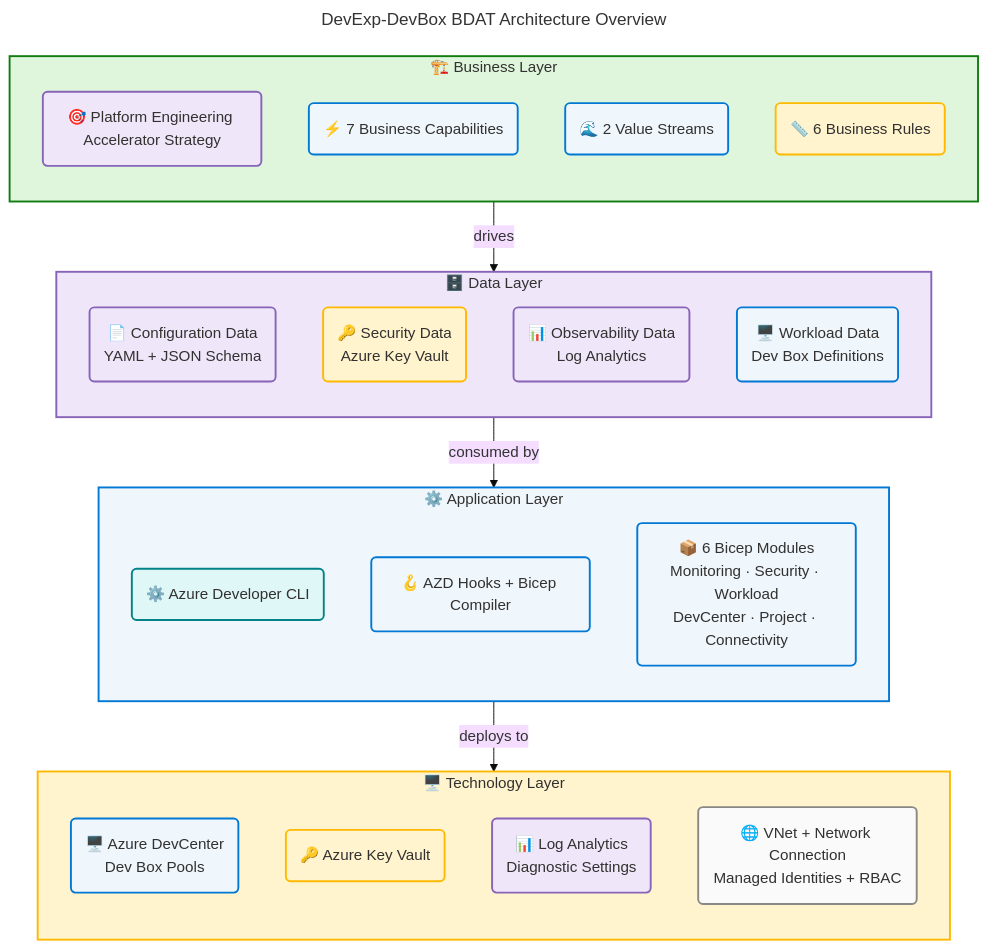
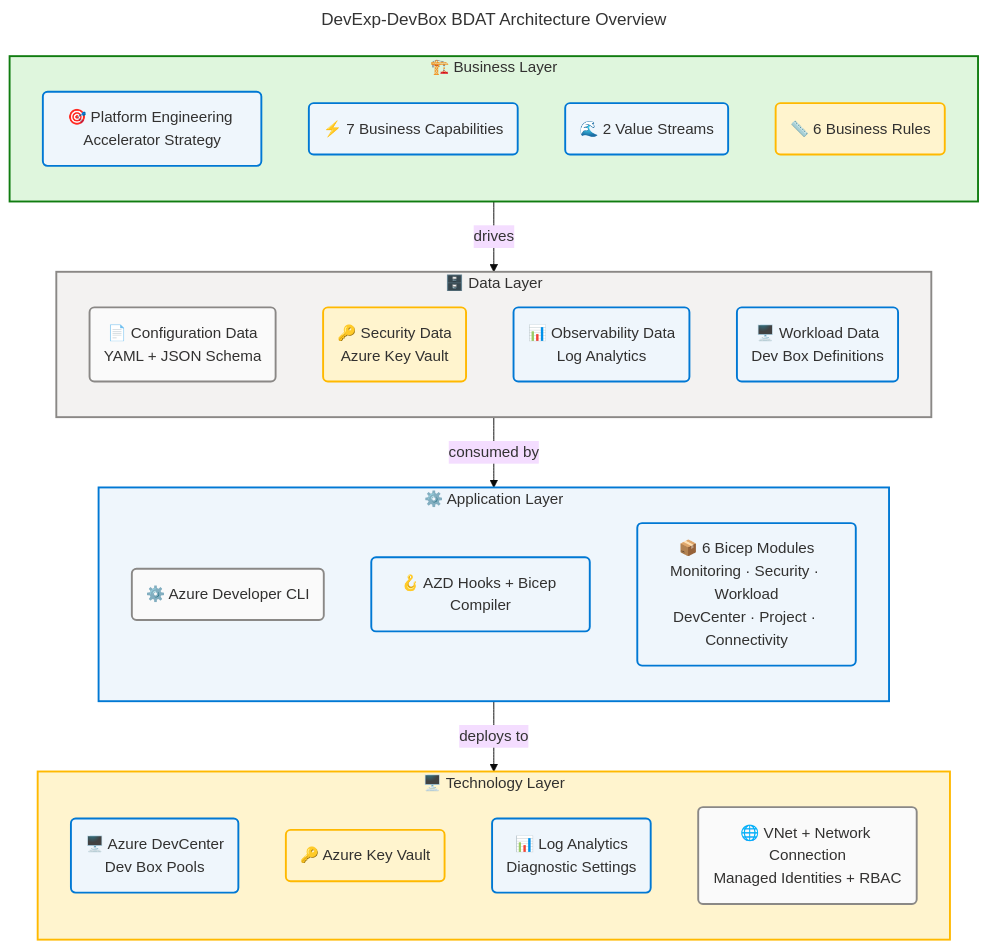
Before and after one commit to Evilazaro/DevExp-DevBox: the diagram in docs/architecture/README.md, drawn with Mermaid.

Commit message:
refactor: Update Mermaid diagram styles for improved visual clarity in architecture layers

````diff
--- a/docs/architecture/README.md
+++ b/docs/architecture/README.md
@@ -156,73 +156,71 @@
 ```mermaid
 ---
 title: DevExp-DevBox BDAT Architecture Overview
 config:
   theme: base
   look: classic
   layout: dagre
   themeVariables:
     fontSize: '16px'
   flowchart:
     htmlLabels: true
 ---
 flowchart TB
     accTitle: DevExp-DevBox BDAT Architecture Overview
     accDescr: Four-layer  architecture showing the Business, Data, Application, and Technology layers of the DevExp-DevBox platform and their relationships.
 
     %% ═══════════════════════════════════════════════════════════════════════════
     %% AZURE / FLUENT ARCHITECTURE PATTERN v1.1
     %% (Semantic + Structural + Font + Accessibility Governance)
     %% ═══════════════════════════════════════════════════════════════════════════
     %% PHASE 1 - FLUENT UI: All styling uses approved Fluent UI palette only
     %% PHASE 2 - GROUPS: Every subgraph has semantic color via style directive
     %% PHASE 3 - COMPONENTS: Every node has semantic classDef + icon prefix
     %% PHASE 4 - ACCESSIBILITY: accTitle/accDescr present, WCAG AA contrast
     %% PHASE 5 - STANDARD: Governance block present, classDefs centralized
     %% ═══════════════════════════════════════════════════════════════════════════
 
     subgraph business["🏗️ Business Layer"]
         direction TB
-        b1("🎯 Platform Engineering Accelerator Strategy"):::data
+        b1("🎯 Platform Engineering Accelerator Strategy"):::core
         b2("⚡ 7 Business Capabilities"):::core
         b3("🌊 2 Value Streams"):::core
         b4("📏 6 Business Rules"):::warning
     end
 
     subgraph data["🗄️ Data Layer"]
         direction TB
-        d1("📄 Configuration Data<br>YAML + JSON Schema"):::data
+        d1("📄 Configuration Data<br>YAML + JSON Schema"):::neutral
         d2("🔑 Security Data<br>Azure Key Vault"):::warning
-        d3("📊 Observability Data<br>Log Analytics"):::data
+        d3("📊 Observability Data<br>Log Analytics"):::core
         d4("🖥️ Workload Data<br>Dev Box Definitions"):::core
     end
 
     subgraph application["⚙️ Application Layer"]
         direction TB
-        a1("⚙️ Azure Developer CLI"):::external
+        a1("⚙️ Azure Developer CLI"):::neutral
         a2("🪝 AZD Hooks + Bicep Compiler"):::core
         a3("📦 6 Bicep Modules<br>Monitoring · Security · Workload<br>DevCenter · Project · Connectivity"):::core
     end
 
     subgraph technology["🖥️ Technology Layer"]
         direction TB
         t1("🖥️ Azure DevCenter<br>Dev Box Pools"):::core
         t2("🔑 Azure Key Vault"):::warning
-        t3("📊 Log Analytics<br>Diagnostic Settings"):::data
+        t3("📊 Log Analytics<br>Diagnostic Settings"):::core
         t4("🌐 VNet + Network Connection<br>Managed Identities + RBAC"):::neutral
     end
 
     business -->|"drives"| data
     data -->|"consumed by"| application
     application -->|"deploys to"| technology
 
     style business fill:#DFF6DD,stroke:#107C10,stroke-width:2px,color:#323130
-    style data fill:#F0E6FA,stroke:#8764B8,stroke-width:2px,color:#323130
+    style data fill:#F3F2F1,stroke:#8A8886,stroke-width:2px,color:#323130
     style application fill:#EFF6FC,stroke:#0078D4,stroke-width:2px,color:#323130
     style technology fill:#FFF4CE,stroke:#FFB900,stroke-width:2px,color:#323130
 
-    classDef data fill:#F0E6FA,stroke:#8764B8,stroke-width:2px,color:#323130
     classDef core fill:#EFF6FC,stroke:#0078D4,stroke-width:2px,color:#323130
     classDef warning fill:#FFF4CE,stroke:#FFB900,stroke-width:2px,color:#323130
     classDef neutral fill:#FAFAFA,stroke:#8A8886,stroke-width:2px,color:#323130
-    classDef external fill:#E0F7F7,stroke:#038387,stroke-width:2px,color:#323130
 ```
````
